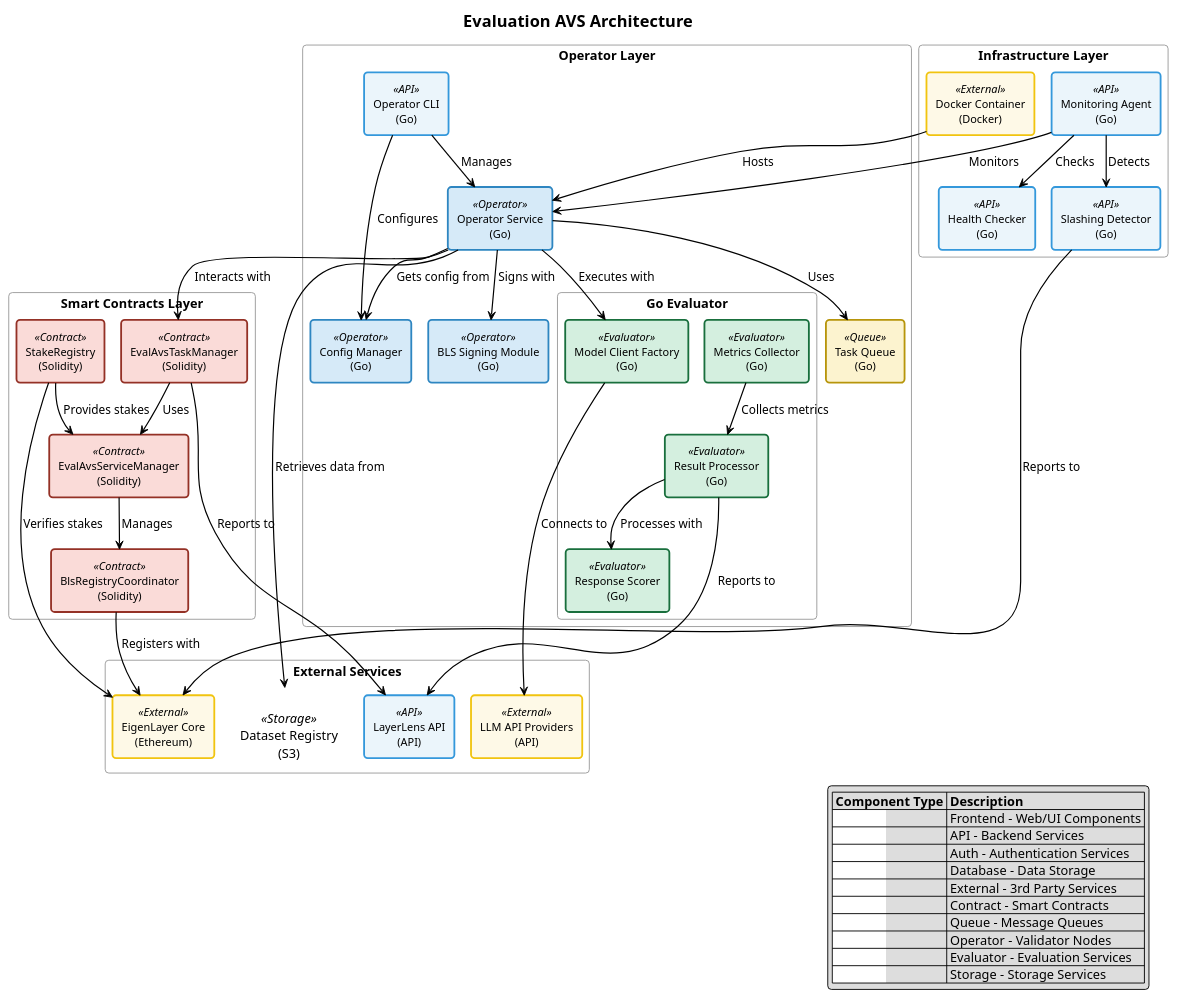
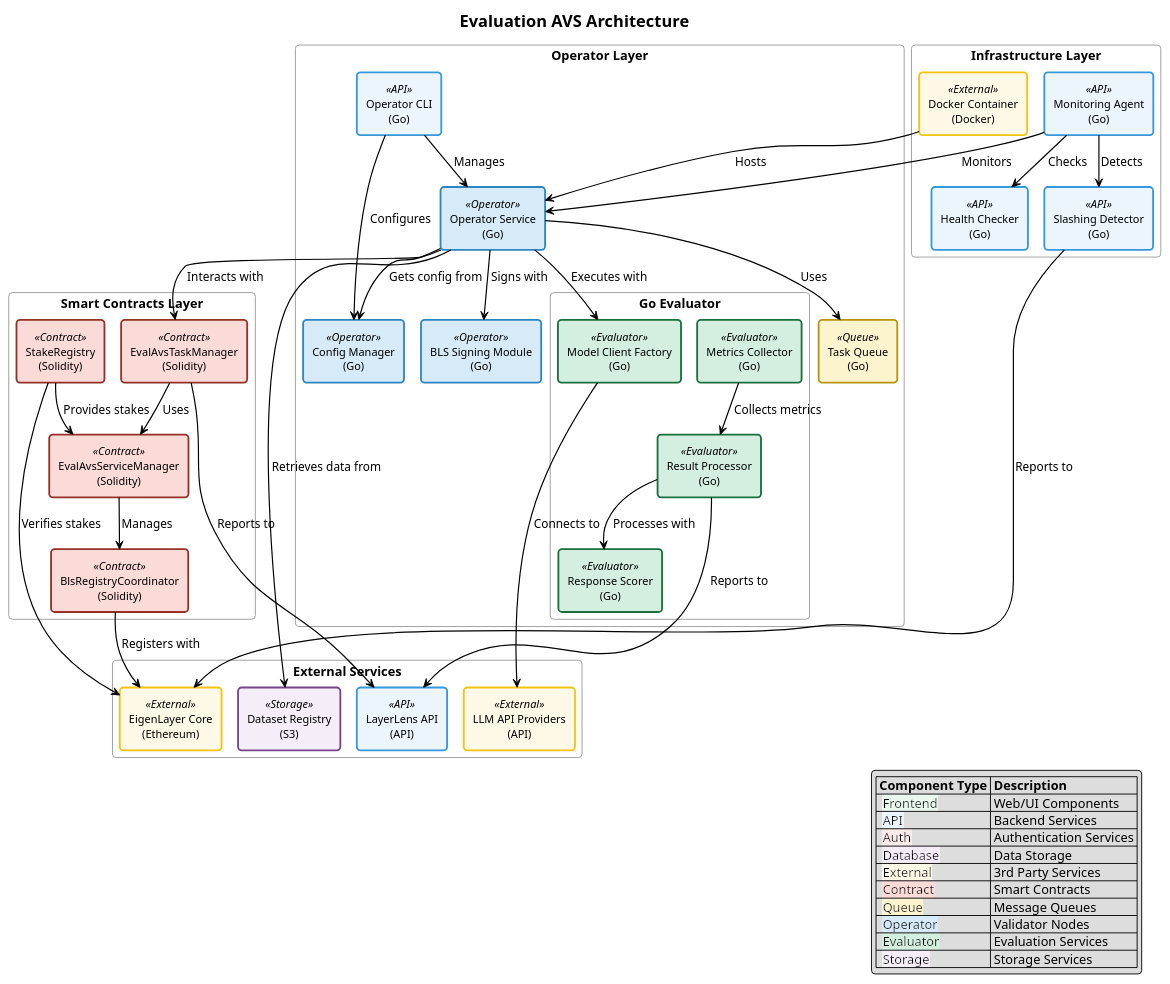
Before and after one commit to k-g-j/ll-sequence-diagrams: the diagram in plantuml-diagrams/avs-architecture.puml, drawn with PlantUML. The commit also changed 7 other files, not shown here.

First line of the commit message:
Fix architecture diagrams with proper component styling and color legend

```diff
--- a/plantuml-diagrams/avs-architecture.puml
+++ b/plantuml-diagrams/avs-architecture.puml
@@ -1,168 +1,175 @@
 @startuml avs-architecture
 !pragma layout smetana
 
 ' Define custom colors to match sequence diagrams
 skinparam component<<Frontend>> {
   BackgroundColor #E9F7EF
   BorderColor #27AE60
   BorderThickness 2
 }
 
 skinparam component<<API>> {
   BackgroundColor #EBF5FB
   BorderColor #3498DB
   BorderThickness 2
 }
 
 skinparam component<<Auth>> {
   BackgroundColor #F9EBEA
   BorderColor #E74C3C
   BorderThickness 2
 }
 
 skinparam component<<Database>> {
   BackgroundColor #F4ECF7
   BorderColor #8E44AD
   BorderThickness 2
 }
 
 skinparam component<<External>> {
   BackgroundColor #FEF9E7
   BorderColor #F1C40F
   BorderThickness 2
 }
 
 skinparam component<<Contract>> {
   BackgroundColor #FADBD8
   BorderColor #943126
   BorderThickness 2
 }
 
 skinparam component<<Queue>> {
   BackgroundColor #FCF3CF
   BorderColor #B7950B
   BorderThickness 2
 }
 
 skinparam component<<Operator>> {
   BackgroundColor #D6EAF8
   BorderColor #2E86C1
   BorderThickness 2
 }
 
 skinparam component<<Evaluator>> {
   BackgroundColor #D4EFDF
   BorderColor #196F3D
   BorderThickness 2
 }
 
 skinparam component<<Storage>> {
   BackgroundColor #F5EEF8
   BorderColor #76448A
   BorderThickness 2
 }
 
 ' Custom styling
 skinparam ArrowColor #000000
 skinparam ArrowThickness 1.3
 skinparam defaultTextAlignment center
 skinparam RoundCorner 8
 skinparam titleFontSize 18
 skinparam titleFontStyle bold
 skinparam ComponentStyle rectangle
 skinparam componentBorderThickness 1.5
 skinparam componentFontSize 12
 skinparam componentFontName Arial
 skinparam PackageStyle rectangle
 skinparam packageBackgroundColor transparent
 skinparam packageBorderColor #999999
-skinparam databaseBackgroundColor DATABASE_BG
-skinparam databaseBorderColor DATABASE_BORDER
-skinparam queueBackgroundColor QUEUE_BG
-skinparam queueBorderColor QUEUE_BORDER
+skinparam database<<Database>> {
+  BackgroundColor #F4ECF7
+  BorderColor #8E44AD
+  BorderThickness 2
+}
+
+skinparam queue<<Queue>> {
+  BackgroundColor #FCF3CF
+  BorderColor #B7950B
+  BorderThickness 2
+}
 
 title Evaluation AVS Architecture
 
 package "Smart Contracts Layer" {
     [EvalAvsServiceManager\n(Solidity)] as service_manager <<Contract>>
     [EvalAvsTaskManager\n(Solidity)] as task_manager <<Contract>>
     [BlsRegistryCoordinator\n(Solidity)] as bls_registry <<Contract>>
     [StakeRegistry\n(Solidity)] as stake_registry <<Contract>>
 }
 
 package "Operator Layer" {
     [Operator Service\n(Go)] as op_service <<Operator>>
     [Operator CLI\n(Go)] as op_cli <<API>>
     [Task Queue\n(Go)] as task_queue <<Queue>>
     [BLS Signing Module\n(Go)] as bls_signer <<Operator>>
     [Config Manager\n(Go)] as config_mgr <<Operator>>
     
     package "Go Evaluator" {
         [Model Client Factory\n(Go)] as model_factory <<Evaluator>>
         [Response Scorer\n(Go)] as scorer <<Evaluator>>
         [Result Processor\n(Go)] as processor <<Evaluator>>
         [Metrics Collector\n(Go)] as metrics <<Evaluator>>
     }
 }
 
 package "Infrastructure Layer" {
     [Docker Container\n(Docker)] as docker <<External>>
     [Monitoring Agent\n(Go)] as monitor <<API>>
     [Health Checker\n(Go)] as health <<API>>
     [Slashing Detector\n(Go)] as slashing <<API>>
 }
 
 package "External Services" {
     [EigenLayer Core\n(Ethereum)] as eigenlayer <<External>>
-    database "Dataset Registry\n(S3)" as s3 <<Storage>>
+    [Dataset Registry\n(S3)] as s3 <<Storage>>
     [LLM API Providers\n(API)] as llm <<External>>
     [LayerLens API\n(API)] as api <<API>>
 }
 
 ' Contract interactions
 service_manager --> bls_registry : Manages
 task_manager --> service_manager : Uses
 stake_registry --> service_manager : Provides stakes
 bls_registry --> eigenlayer : Registers with
 stake_registry --> eigenlayer : Verifies stakes
 
 ' Operator components
 op_service --> task_queue : Uses
 op_service --> bls_signer : Signs with
 op_service --> config_mgr : Gets config from
 op_service --> model_factory : Executes with
 op_cli --> op_service : Manages
 op_cli --> config_mgr : Configures
 model_factory --> llm : Connects to
 processor --> scorer : Processes with
 metrics --> processor : Collects metrics
 processor --> api : Reports to
 
 ' Infrastructure
 docker --> op_service : Hosts
 monitor --> op_service : Monitors
 monitor --> health : Checks
 monitor --> slashing : Detects
 slashing --> eigenlayer : Reports to
 
 ' External connections
 op_service --> task_manager : Interacts with
 op_service --> s3 : Retrieves data from
 task_manager --> api : Reports to
 
 ' Add color-coding legend
 legend right
   |= Component Type |= Description |
-  |<back:FRONTEND_BG>                </back>| Frontend - Web/UI Components |
-  |<back:API_BG>                </back>| API - Backend Services |
-  |<back:AUTH_BG>                </back>| Auth - Authentication Services |
-  |<back:DATABASE_BG>                </back>| Database - Data Storage |
-  |<back:EXTERNAL_BG>                </back>| External - 3rd Party Services |
-  |<back:CONTRACT_BG>                </back>| Contract - Smart Contracts |
-  |<back:QUEUE_BG>                </back>| Queue - Message Queues |
-  |<back:OPERATOR_BG>                </back>| Operator - Validator Nodes |
-  |<back:EVALUATOR_BG>                </back>| Evaluator - Evaluation Services |
-  |<back:STORAGE_BG>                </back>| Storage - Storage Services |
+  |<back:#E9F7EF>  Frontend  </back>| Web/UI Components |
+  |<back:#EBF5FB>  API  </back>| Backend Services |
+  |<back:#F9EBEA>  Auth  </back>| Authentication Services |
+  |<back:#F4ECF7>  Database  </back>| Data Storage |
+  |<back:#FEF9E7>  External  </back>| 3rd Party Services |
+  |<back:#FADBD8>  Contract  </back>| Smart Contracts |
+  |<back:#FCF3CF>  Queue  </back>| Message Queues |
+  |<back:#D6EAF8>  Operator  </back>| Validator Nodes |
+  |<back:#D4EFDF>  Evaluator  </back>| Evaluation Services |
+  |<back:#F5EEF8>  Storage  </back>| Storage Services |
 endlegend
 
 @enduml
```
